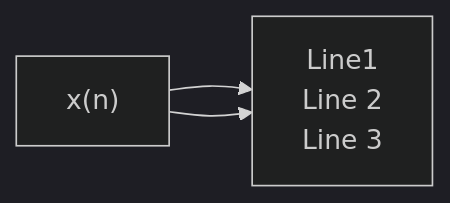
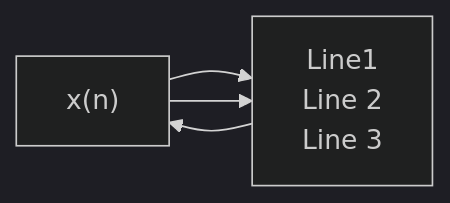
One commit to valiha-com/dasp_tutorial changed the diagram in README.md. Above: the diagram before and after it, drawn with Mermaid (dark theme).

````diff
--- a/README.md
+++ b/README.md
@@ -62,12 +62,12 @@
 ```mermaid
 %%{init: {"flowchart": {"htmlLabels": false}} }%%
 flowchart LR
     markdown["  x(n)  "] -->
     newLines["`Line1
     Line 2
-    Line 3`"]
+    Line 3`"] -->
     markdown["`  x(n)  `"] --> 
     newLines["`Line1
     Line 2
     Line 3`"]
 ```
````
